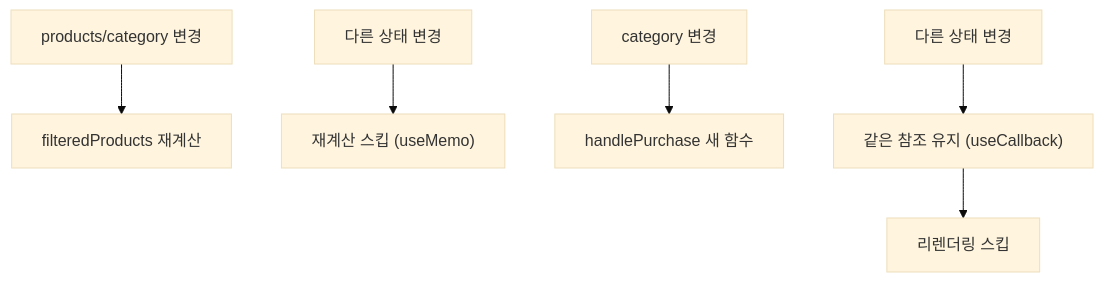
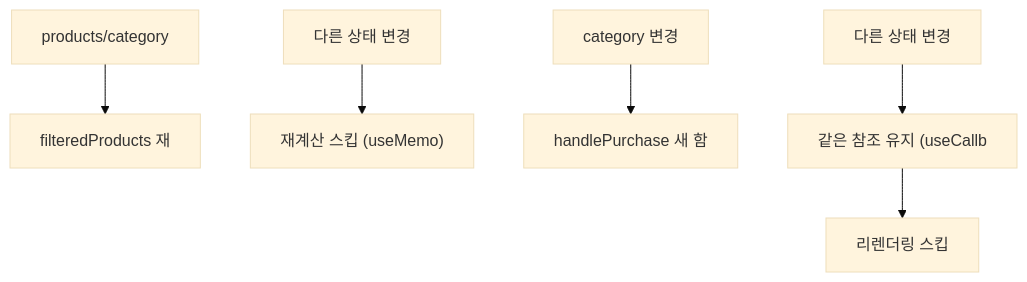
The second of 5 diagrams in _posts/frontend/2026-05-02-react-performance.md (yjkim2015/yjkim2015.github.io), drawn with Mermaid (base theme) before and after one commit. The commit also changed other lines of this file and 271 other files, not shown here.

First line of the commit message:
Mermaid 라벨 축소: 긴 노드 텍스트 18자 이하로 트림 + \n 제거

````diff
--- a/_posts/frontend/2026-05-02-react-performance.md
+++ b/_posts/frontend/2026-05-02-react-performance.md
@@ -132,7 +132,7 @@
 ```mermaid
 graph TD
-    A["products/category 변경"] --> B["filteredProducts 재계산"]
+    A["products/category"] --> B["filteredProducts 재"]
     D["다른 상태 변경"] --> E["재계산 스킵 (useMemo)"]
-    F["category 변경"] --> G["handlePurchase 새 함수"]
-    H["다른 상태 변경"] --> I["같은 참조 유지 (useCallback)"] --> J["리렌더링 스킵"]
+    F["category 변경"] --> G["handlePurchase 새 함"]
+    H["다른 상태 변경"] --> I["같은 참조 유지 (useCallb"] --> J["리렌더링 스킵"]
 ```
````
